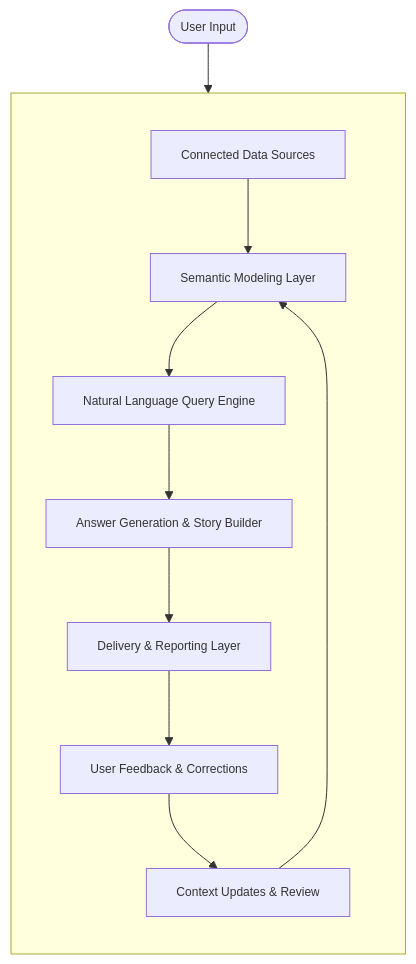
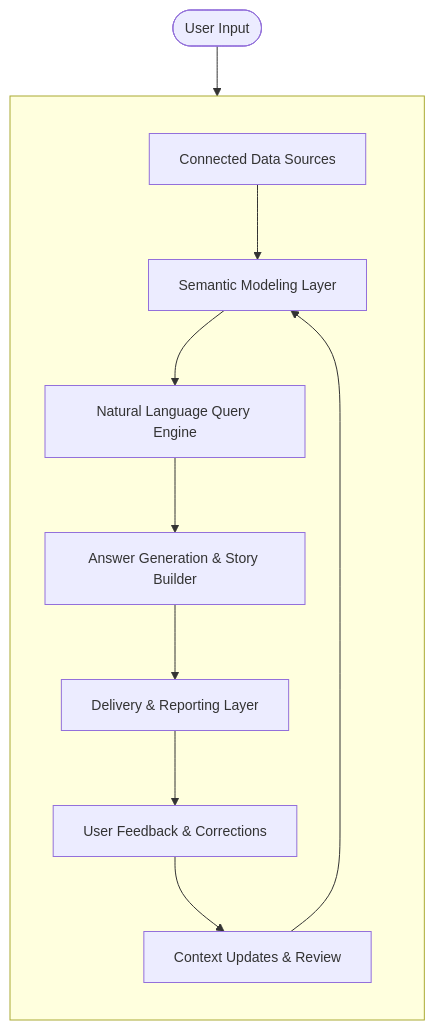
One commit to soham-wisdom/docs changed the diagram in getting-started/how-wisdom-ai-works.mdx. Above: the diagram before and after it, drawn with Mermaid.

Commit message:
Documentation edits made through Mintlify web editor

````diff
--- a/getting-started/how-wisdom-ai-works.mdx
+++ b/getting-started/how-wisdom-ai-works.mdx
@@ -63,16 +63,16 @@
 ```mermaid
-%%{ init: { 'themeVariables': { 'fontSize': '12px' } } }%%
+%%{ init: { 'themeVariables': { 'fontSize': '14px' } } }%%
 flowchart TD
   subgraph Data_Pipeline [ ]
     direction TB
     A[Connected Data Sources] --> B[Semantic Modeling Layer]
     B --> C[Natural Language Query Engine]
     C --> D[Answer Generation & Story Builder]
     D --> E[Delivery & Reporting Layer]
     E --> F[User Feedback & Corrections]
     F --> G[Context Updates & Review]
     G --> B
   end
 
   UserInput([User Input]) --> A
 ```
````
